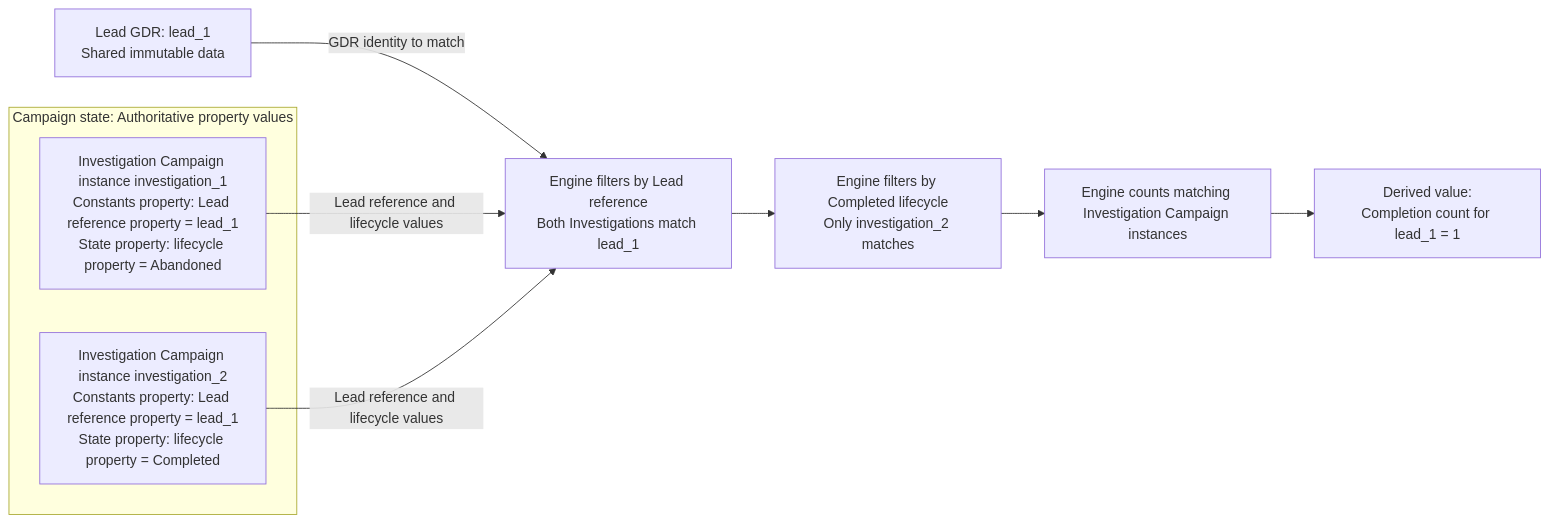
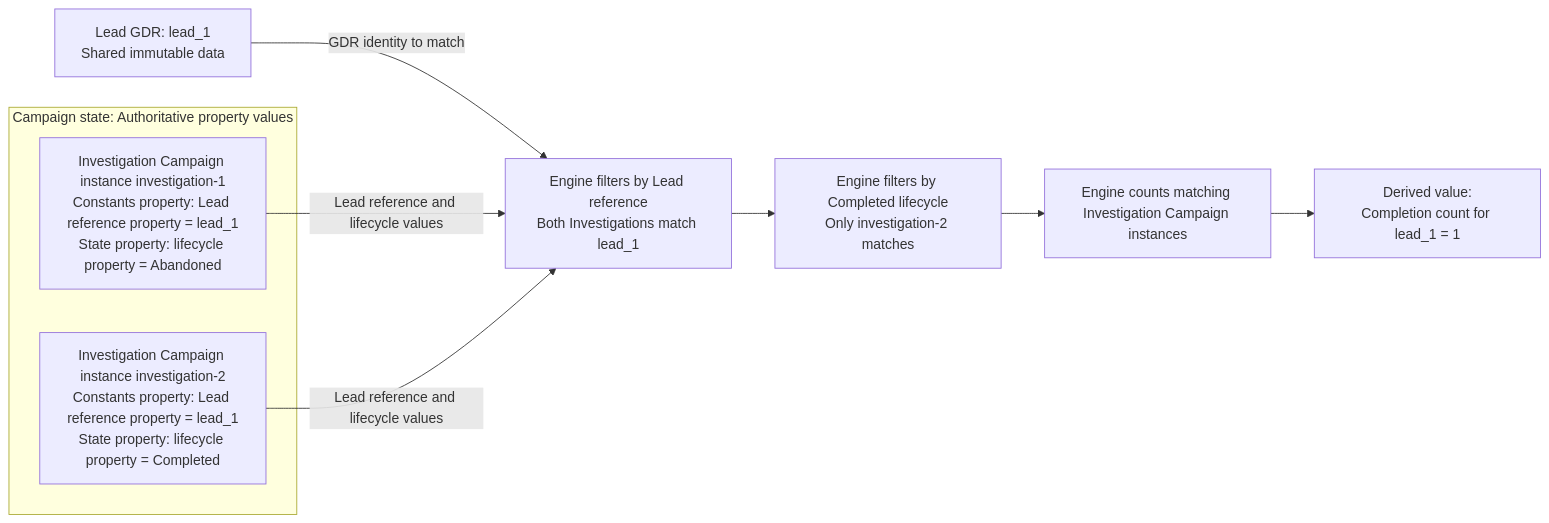
Before and after one commit to konrad-jamrozik/game-v5: the sixth of 7 diagrams in docs/specs/design/foundation/game-data-records.md, drawn with Mermaid. The commit also changed other lines of this file and 4 other files, not shown here.

First line of the commit message:
Number Instance IDs per Campaign instance Type from 1

````diff
--- a/docs/specs/design/foundation/game-data-records.md
+++ b/docs/specs/design/foundation/game-data-records.md
@@ -362,14 +362,14 @@
 ```mermaid
 flowchart LR
     Lead["Lead GDR: lead_1<br/>Shared immutable data"]
     subgraph CampaignState["Campaign state: Authoritative property values"]
-        Investigation1["Investigation Campaign instance investigation_1<br/>Constants property: Lead reference property = lead_1<br/>State property: lifecycle property = Abandoned"]
-        Investigation2["Investigation Campaign instance investigation_2<br/>Constants property: Lead reference property = lead_1<br/>State property: lifecycle property = Completed"]
+        Investigation1["Investigation Campaign instance investigation-1<br/>Constants property: Lead reference property = lead_1<br/>State property: lifecycle property = Abandoned"]
+        Investigation2["Investigation Campaign instance investigation-2<br/>Constants property: Lead reference property = lead_1<br/>State property: lifecycle property = Completed"]
     end
     Lead -->|GDR identity to match| SelectLead["Engine filters by Lead reference<br/>Both Investigations match lead_1"]
     Investigation1 -->|Lead reference and lifecycle values| SelectLead
     Investigation2 -->|Lead reference and lifecycle values| SelectLead
-    SelectLead --> SelectCompleted["Engine filters by Completed lifecycle<br/>Only investigation_2 matches"]
+    SelectLead --> SelectCompleted["Engine filters by Completed lifecycle<br/>Only investigation-2 matches"]
     SelectCompleted --> Count["Engine counts matching Investigation Campaign instances"]
     Count --> Result["Derived value:<br/>Completion count for lead_1 = 1"]
 ```
````
